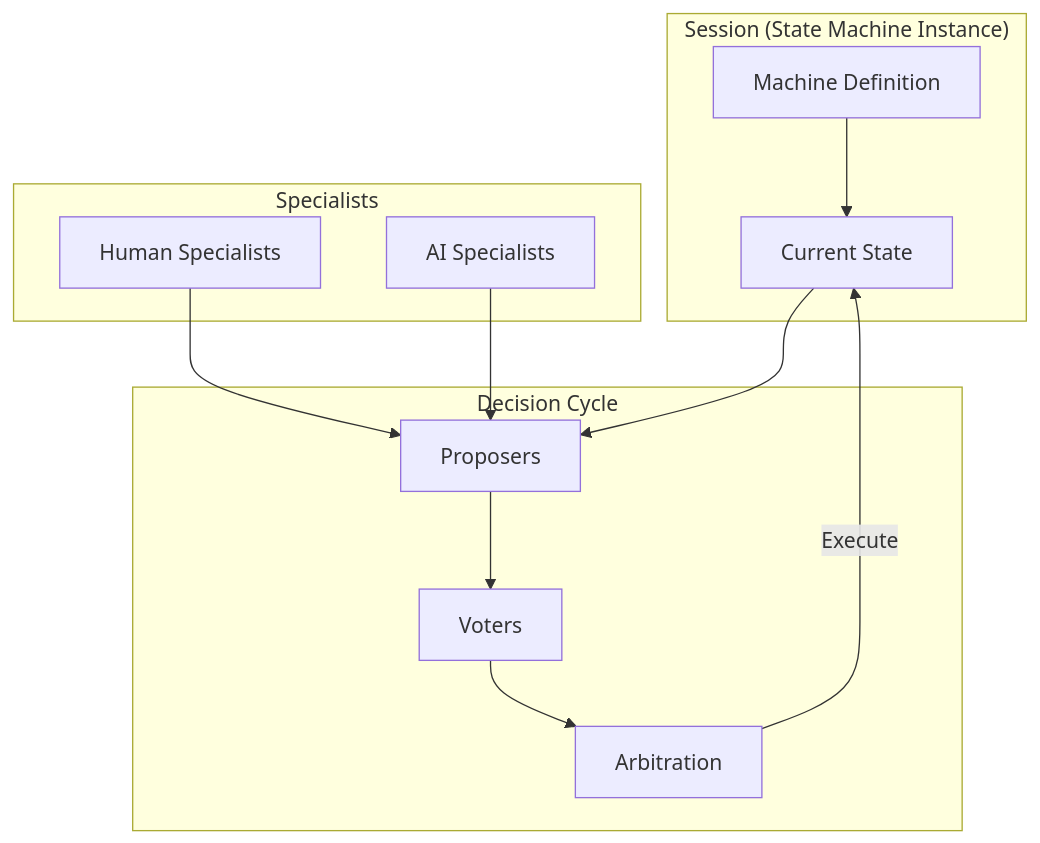
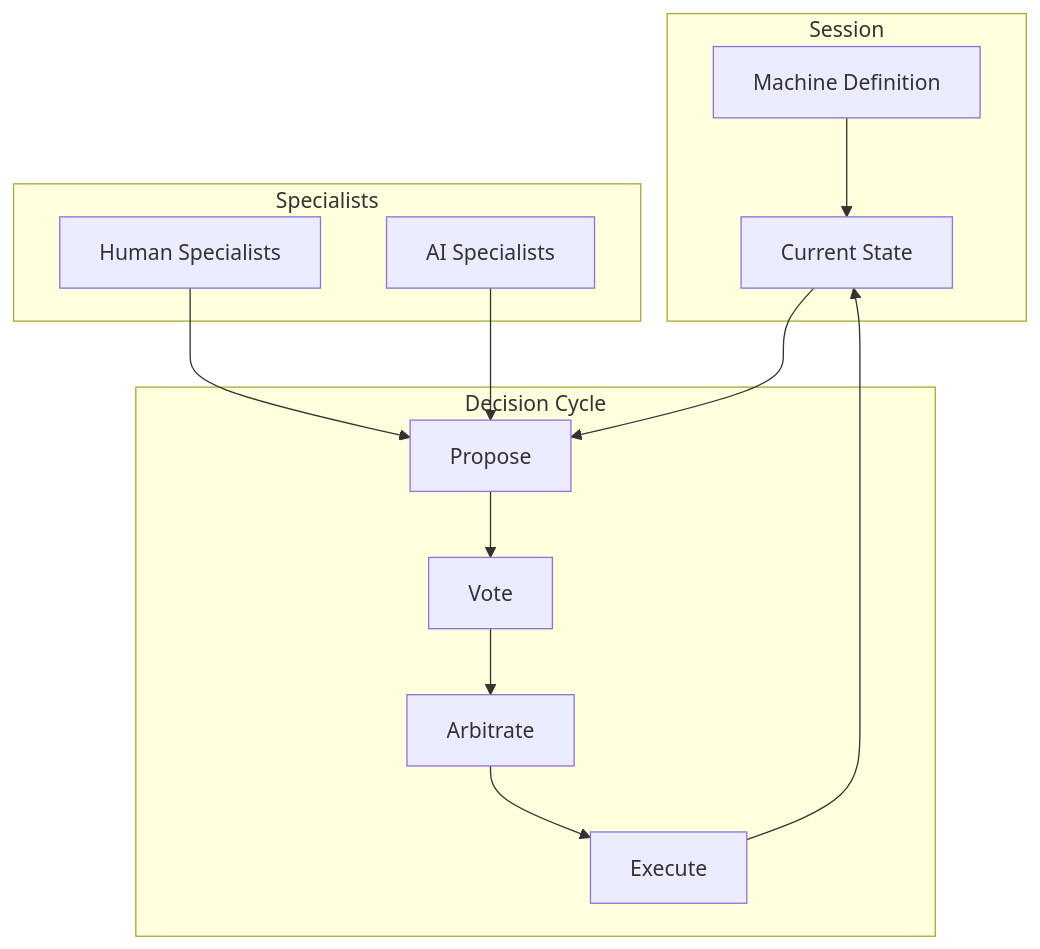
The diagram in website/docs/concepts/intro.md (eloquentanalytics/dialai), drawn with Mermaid before and after one commit. The commit also changed other lines of this file and 23 other files, not shown here.

````diff
--- a/website/docs/concepts/intro.md
+++ b/website/docs/concepts/intro.md
@@ -11,26 +13,28 @@
 ```mermaid
 graph TB
-    subgraph "Session (State Machine Instance)"
+    subgraph "Session"
         SM[Machine Definition]
         CS[Current State]
     end
 
     subgraph "Specialists"
         H[Human Specialists]
         AI[AI Specialists]
     end
 
     subgraph "Decision Cycle"
-        P[Proposers]
-        V[Voters]
-        A[Arbitration]
+        P[Propose]
+        V[Vote]
+        A[Arbitrate]
+        E[Execute]
     end
 
     SM --> CS
     CS --> P
     H --> P
     AI --> P
     P --> V
     V --> A
-    A --> |Execute| CS
+    A --> E
+    E --> CS
 ```
````
